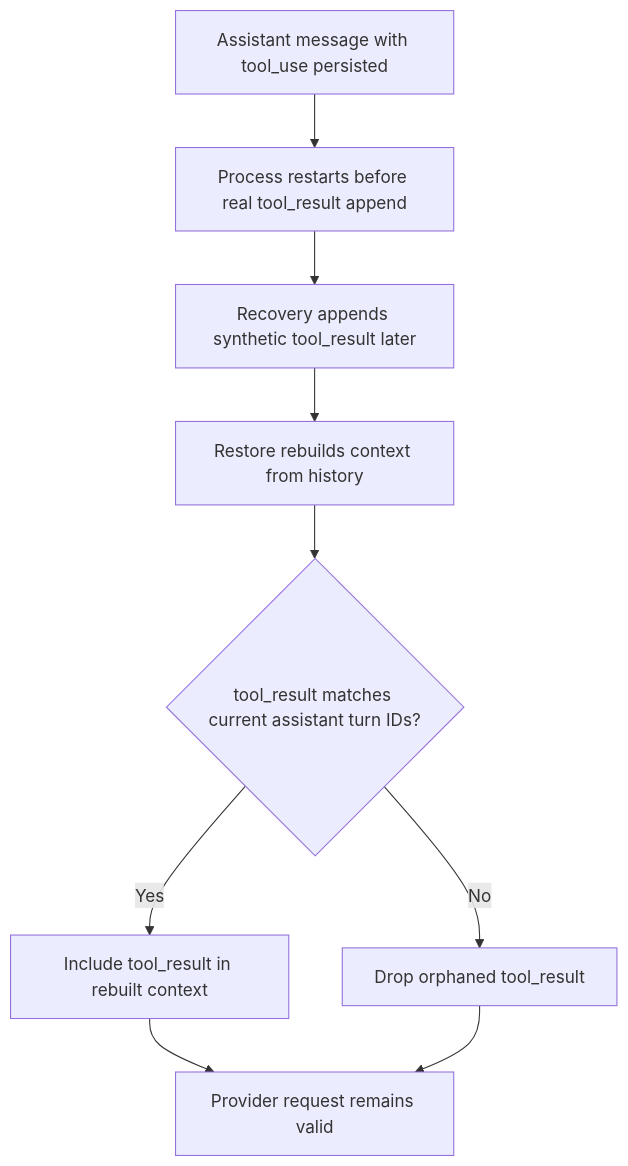
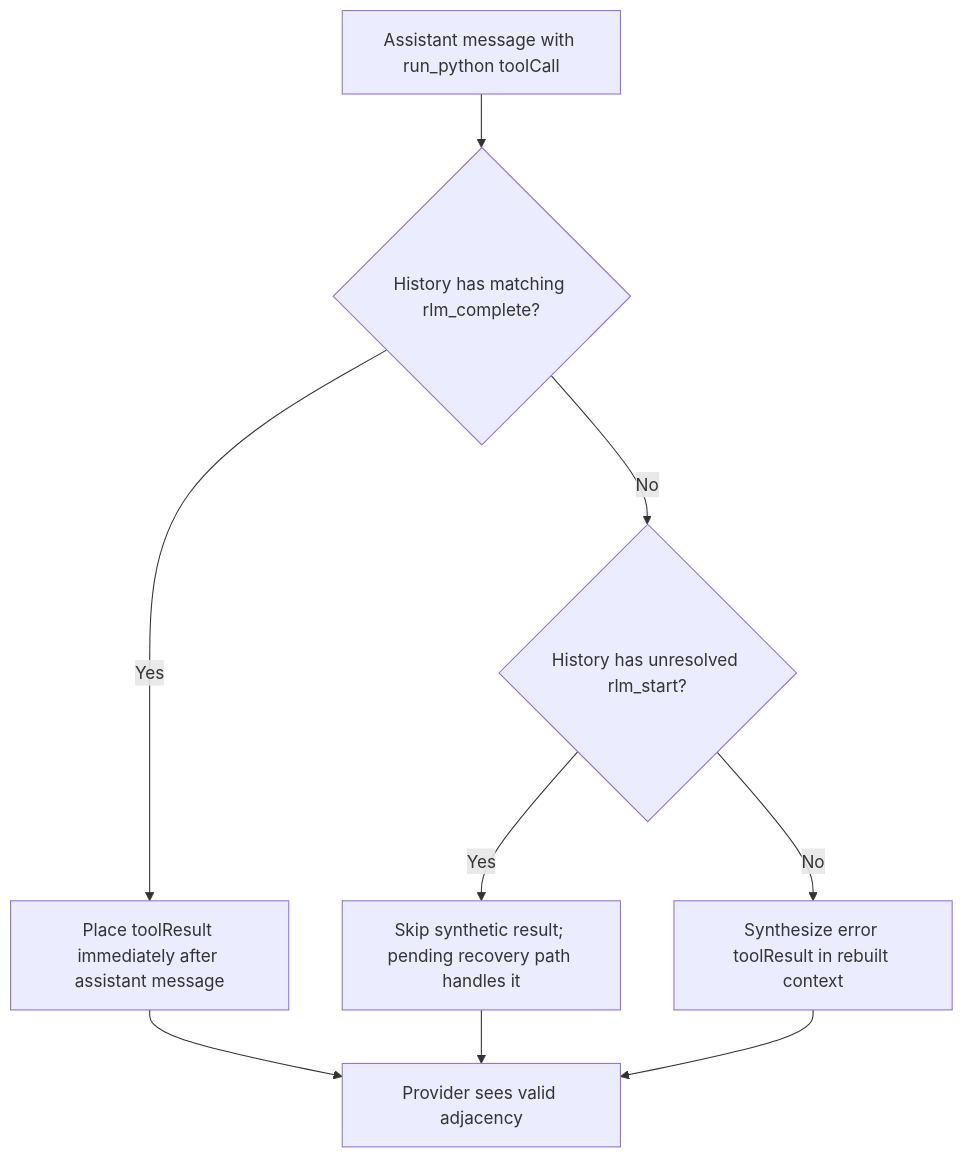
Before and after one commit to ex3ndr/daycare: the diagram in doc/internals/agent-history-tool-result-pairing.md, drawn with Mermaid. The commit also changed other lines of this file and 2 other files, not shown here.

Commit message:
fix(agent): stabilize run_python tool-result replay

````diff
--- a/doc/internals/agent-history-tool-result-pairing.md
+++ b/doc/internals/agent-history-tool-result-pairing.md
@@ -17,11 +26,11 @@
 ```mermaid
 flowchart TD
-    A[Assistant message with tool_use persisted] --> B[Process restarts before real tool_result append]
-    B --> C[Recovery appends synthetic tool_result later]
-    C --> D[Restore rebuilds context from history]
-    D --> E{tool_result matches current assistant turn IDs?}
-    E -- Yes --> F[Include tool_result in rebuilt context]
-    E -- No --> G[Drop orphaned tool_result]
-    F --> H[Provider request remains valid]
-    G --> H
+    A[Assistant message with run_python toolCall] --> B{History has matching rlm_complete?}
+    B -- Yes --> C[Place toolResult immediately after assistant message]
+    B -- No --> D{History has unresolved rlm_start?}
+    D -- Yes --> E[Skip synthetic result; pending recovery path handles it]
+    D -- No --> F[Synthesize error toolResult in rebuilt context]
+    C --> G[Provider sees valid adjacency]
+    E --> G
+    F --> G
 ```
````
